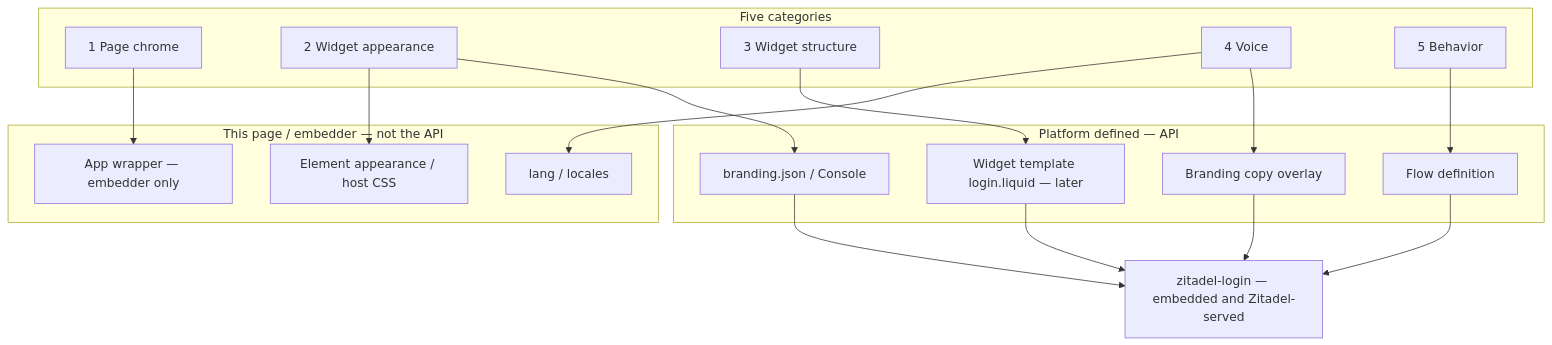
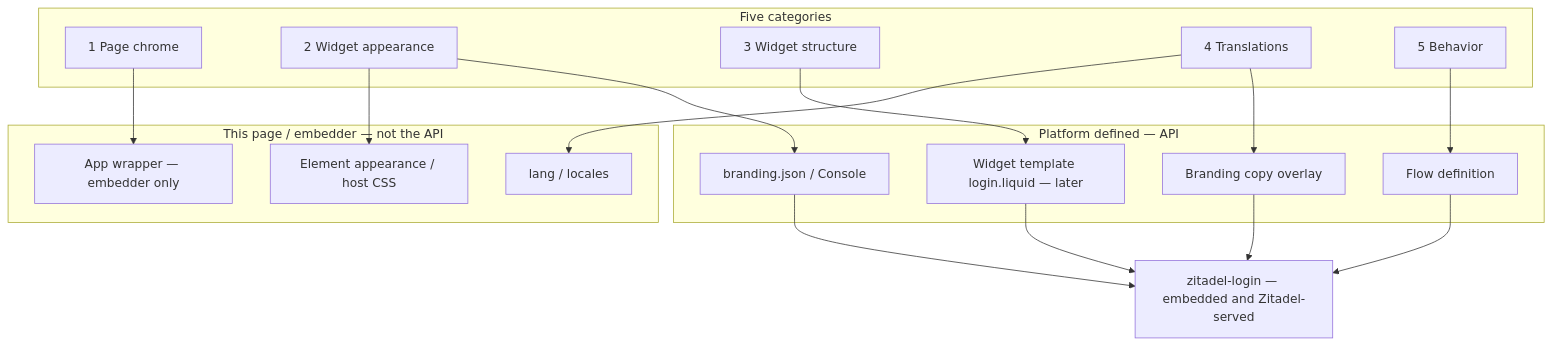
One commit to zitadel/nextgen changed the second of 4 diagrams in docs/design/branding/customization-strategy.md. Above: the diagram before and after it, drawn with Mermaid. The commit also changed other lines of this file and 4 other files, not shown here.

First line of the commit message:
docs: rename voice to translations in customization map

````diff
--- a/docs/design/branding/customization-strategy.md
+++ b/docs/design/branding/customization-strategy.md
@@ -152,36 +154,36 @@
 ```mermaid
 flowchart TB
   subgraph cats [Five categories]
     C1[1 Page chrome]
     C2[2 Widget appearance]
     C3[3 Widget structure]
-    C4[4 Voice]
+    C4[4 Translations]
     C5[5 Behavior]
   end
 
   subgraph local [This page / embedder — not the API]
     EmbWrap[App wrapper — embedder only]
     HostCSS["Element appearance / host CSS"]
     Locales["lang / locales"]
   end
 
   subgraph api [Platform defined — API]
     BrandJSON["branding.json / Console"]
     WidTpl[Widget template login.liquid — later]
     Copy[Branding copy overlay]
     Flow[Flow definition]
   end
 
   C1 --> EmbWrap
   C2 --> HostCSS
   C2 --> BrandJSON
   C3 --> WidTpl
   C4 --> Locales
   C4 --> Copy
   C5 --> Flow
 
   BrandJSON --> Shared[zitadel-login — embedded and Zitadel-served]
   WidTpl --> Shared
   Copy --> Shared
   Flow --> Shared
 ```
````
